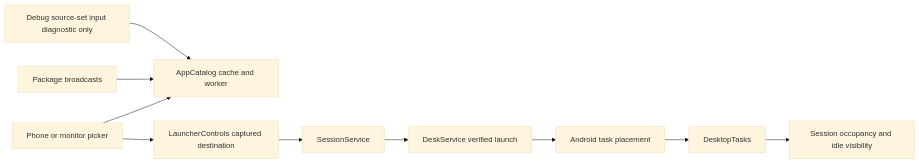
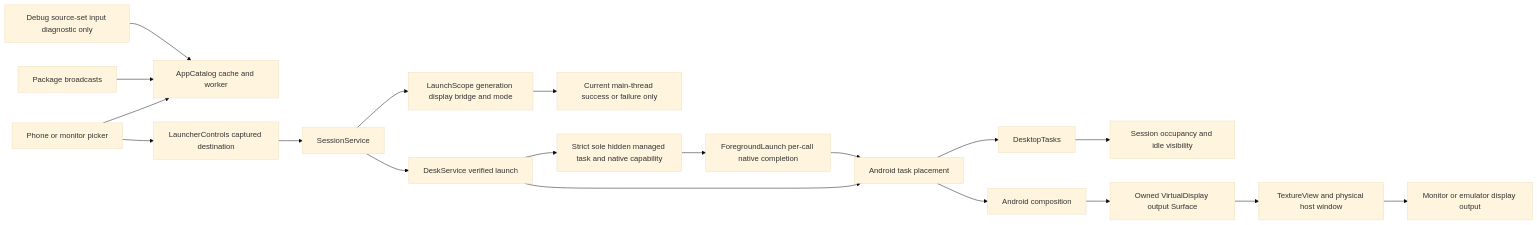
Before and after one commit to PhiLong-Ho/DexDroid: the first of 2 diagrams in docs/architecture/features/app-launcher.md, drawn with Mermaid (base theme). The commit also changed other lines of this file and 319 other files, not shown here.

````diff
--- a/docs/architecture/features/app-launcher.md
+++ b/docs/architecture/features/app-launcher.md
@@ -14,12 +14,21 @@
 ```mermaid
 flowchart LR
     UI[Phone or monitor picker] --> Catalog[AppCatalog cache and worker]
     Packages[Package broadcasts] --> Catalog
     Debug[Debug source-set input diagnostic only] --> Catalog
     UI --> Choice[LauncherControls captured destination]
     Choice --> Session[SessionService]
+    Session --> Scope[LaunchScope generation display bridge and mode]
+    Scope --> Delivery[Current main-thread success or failure only]
     Session --> Shell[DeskService verified launch]
     Shell --> Tasks[Android task placement]
+    Shell --> Eligibility[Strict sole hidden managed task and native capability]
+    Eligibility --> Completion[ForegroundLaunch per-call native completion]
+    Completion --> Tasks
     Tasks --> Observer[DesktopTasks]
     Observer --> Idle[Session occupancy and idle visibility]
+    Tasks --> Native[Android composition]
+    Native --> Buffer[Owned VirtualDisplay output Surface]
+    Buffer --> Host[TextureView and physical host window]
+    Host --> Output[Monitor or emulator display output]
 ```
````
